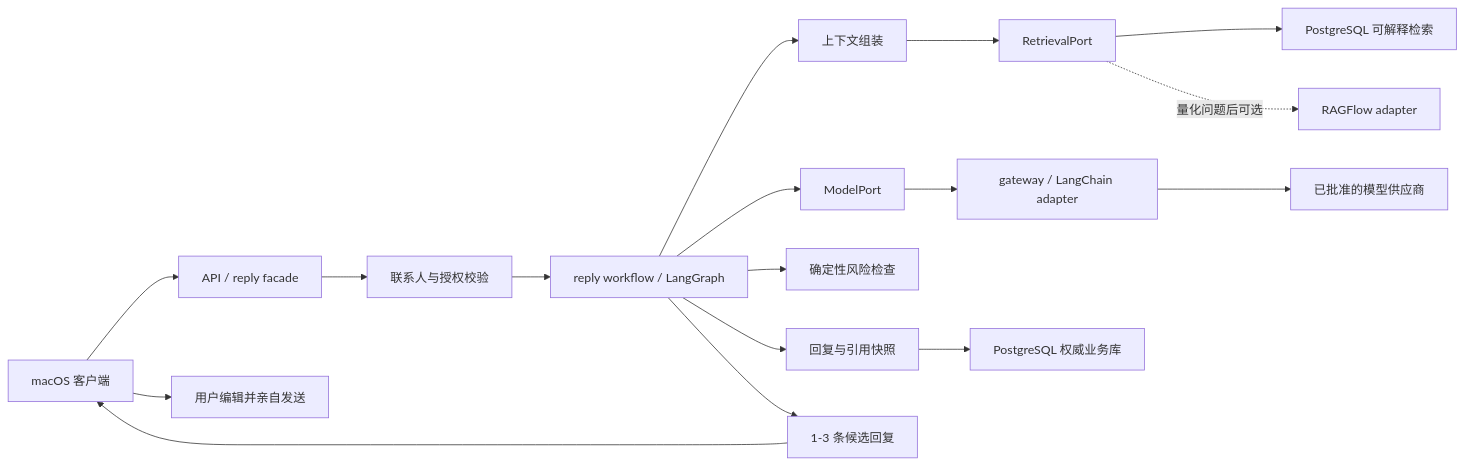
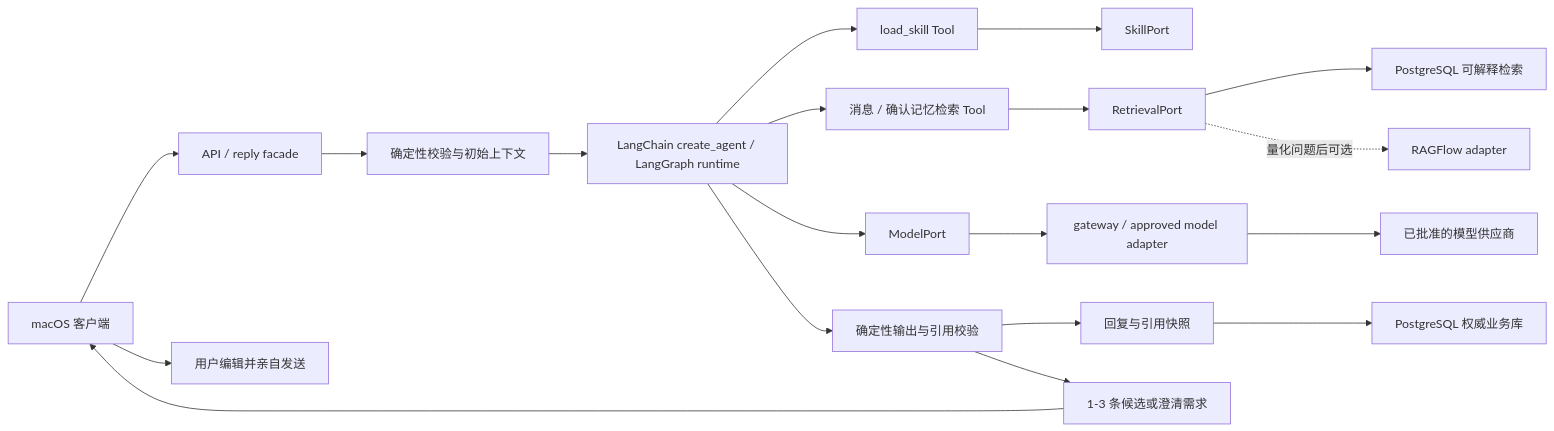
Before and after one commit to Aqua-ava/NotAlone: the first of 2 diagrams in architecture/drafts/agent-runtime.md, drawn with Mermaid. The commit also changed other lines of this file and 7 other files, not shown here.

First line of the commit message:
采用 create_agent 有界回复循环

````diff
--- a/architecture/drafts/agent-runtime.md
+++ b/architecture/drafts/agent-runtime.md
@@ -9,22 +9,24 @@
 ```mermaid
 flowchart LR
     Client["macOS 客户端"] --> API["API / reply facade"]
-    API --> Scope["联系人与授权校验"]
-    Scope --> Graph["reply workflow / LangGraph"]
+    API --> Scope["确定性校验与初始上下文"]
+    Scope --> Agent["LangChain create_agent / LangGraph runtime"]
 
-    Graph --> Context["上下文组装"]
-    Context --> RetrievalPort["RetrievalPort"]
+    Agent --> SkillTool["load_skill Tool"]
+    SkillTool --> SkillPort["SkillPort"]
+    Agent --> SearchTools["消息 / 确认记忆检索 Tool"]
+    SearchTools --> RetrievalPort["RetrievalPort"]
     RetrievalPort --> PgRetriever["PostgreSQL 可解释检索"]
     RetrievalPort -. "量化问题后可选" .-> Ragflow["RAGFlow adapter"]
 
-    Graph --> ModelPort["ModelPort"]
-    ModelPort --> Gateway["gateway / LangChain adapter"]
+    Agent --> ModelPort["ModelPort"]
+    ModelPort --> Gateway["gateway / approved model adapter"]
     Gateway --> Provider["已批准的模型供应商"]
 
-    Graph --> Risk["确定性风险检查"]
-    Graph --> Trace["回复与引用快照"]
+    Agent --> Validate["确定性输出与引用校验"]
+    Validate --> Trace["回复与引用快照"]
     Trace --> Postgres["PostgreSQL 权威业务库"]
-    Graph --> Candidates["1-3 条候选回复"]
-    Candidates --> Client
+    Validate --> Result["1-3 条候选或澄清需求"]
+    Result --> Client
     Client --> Manual["用户编辑并亲自发送"]
 ```
````
